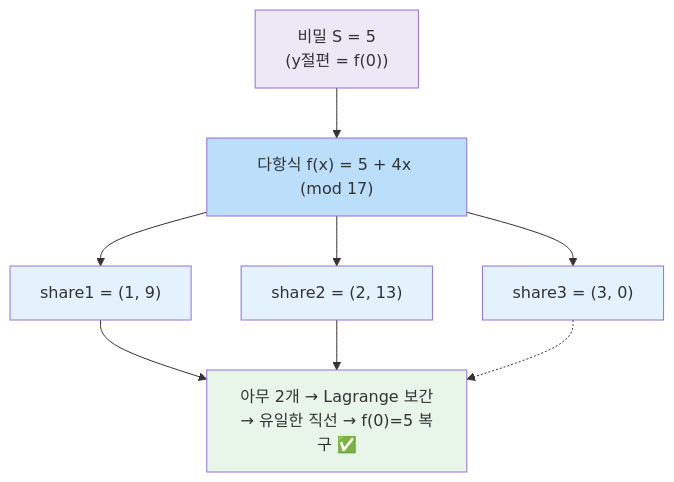
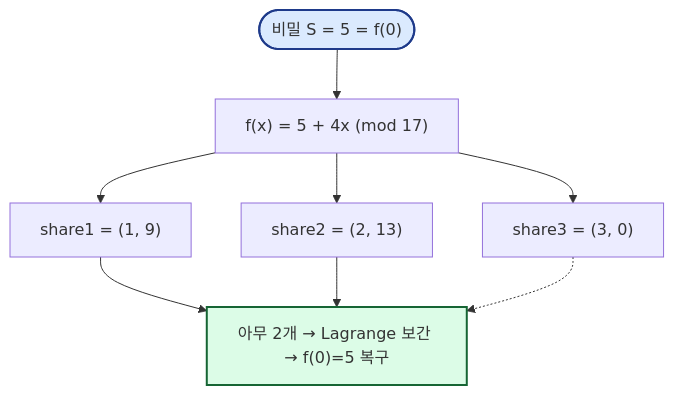
Before and after one commit to KMUTMU/information-security: the fifth of 5 diagrams in 08_블록체인_Shamir_정리.md, drawn with Mermaid. The commit also changed other lines of this file and 5 other files, not shown here.

Commit message:
Mermaid 다이어그램 가독성 개선: 짧은 라벨·이모지 제거·색상 최소화

````diff
--- a/08_블록체인_Shamir_정리.md
+++ b/08_블록체인_Shamir_정리.md
@@ -175,16 +165,14 @@
 ```mermaid
 flowchart TB
-    S["비밀 S = 5<br/>(y절편 = f(0))"] --> F["다항식 f(x) = 5 + 4x (mod 17)"]
+    S(["비밀 S = 5 = f(0)"]) --> F["f(x) = 5 + 4x (mod 17)"]
     F --> P1["share1 = (1, 9)"]
     F --> P2["share2 = (2, 13)"]
     F --> P3["share3 = (3, 0)"]
-    P1 --> R["아무 2개 → Lagrange 보간<br/>→ 유일한 직선 → f(0)=5 복구 ✅"]
+    P1 --> R["아무 2개 → Lagrange 보간 → f(0)=5 복구"]
     P2 --> R
     P3 -.-> R
-    style S fill:#ede7f6
-    style F fill:#bbdefb
-    style P1 fill:#e3f2fd
-    style P2 fill:#e3f2fd
-    style P3 fill:#e3f2fd
-    style R fill:#e8f5e9
+    classDef key fill:#dbeafe,stroke:#1e3a8a,stroke-width:2px
+    classDef ok fill:#dcfce7,stroke:#166534,stroke-width:2px
+    class S key
+    class R ok
 ```
````
